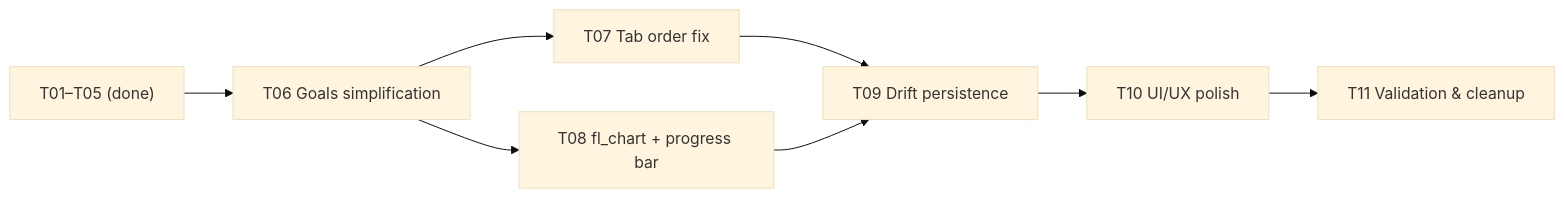
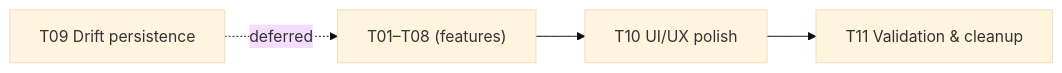
Before and after one commit to lucas-montes/fitfat: the diagram in context/plans/unified-roadmap.md, drawn with Mermaid (base theme). The commit also changed other lines of this file and 24 other files, not shown here.

````diff
--- a/context/plans/unified-roadmap.md
+++ b/context/plans/unified-roadmap.md
@@ -129,10 +209,6 @@
 ```mermaid
 flowchart LR
-    T01_T04_T05["T01–T05 (done)"] --> T06["T06 Goals simplification"]
-    T06 --> T07["T07 Tab order fix"]
-    T06 --> T08["T08 fl_chart + progress bar"]
-    T07 --> T09["T09 Drift persistence"]
-    T08 --> T09
-    T09 --> T10["T10 UI/UX polish"]
+    T01_T08["T01–T08 (features)"] --> T10["T10 UI/UX polish"]
     T10 --> T11["T11 Validation & cleanup"]
+    T09["T09 Drift persistence"] -.->|deferred| T01_T08
 ```
````
